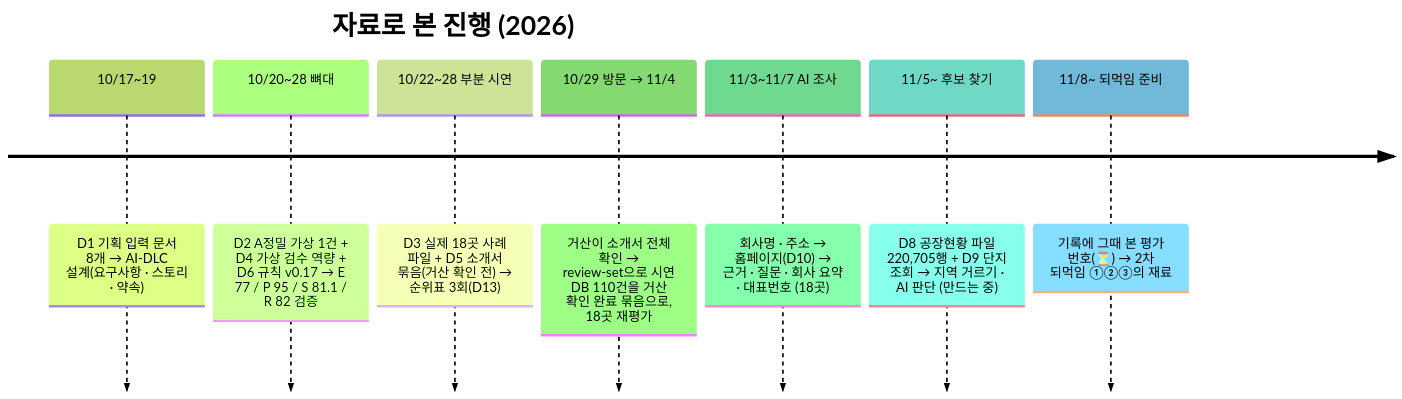
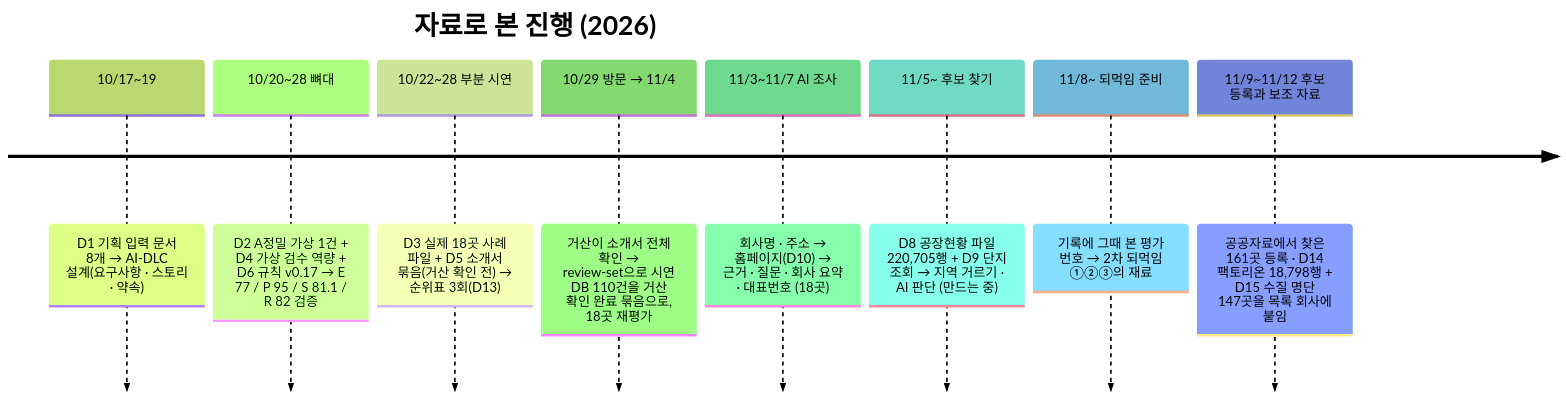
Before and after one commit to agent-ddalgi-team/final-geosan: the second of 2 diagrams in docs/map/data-map.md, drawn with Mermaid (forest theme). The commit also changed other lines of this file and 1 other file, not shown here.

First line of the commit message:
데이터 지도를 11/12 기준으로 맞춘다: 팩토리온 공장조회·수질 명단·AI 후보 판단 줄과 지금 건수

````diff
--- a/docs/map/data-map.md
+++ b/docs/map/data-map.md
@@ -119,11 +127,12 @@
 ```mermaid
 timeline
     title 자료로 본 진행 (2026)
     10/17~19 : D1 기획 입력 문서 8개 → AI-DLC 설계(요구사항 · 스토리 · 약속)
     10/20~28 뼈대 : D2 A정밀 가상 1건 + D4 가상 검수 역량 + D6 규칙 v0.17 → E 77 / P 95 / S 81.1 / R 82 검증
     10/22~28 부분 시연 : D3 실제 18곳 사례 파일 + D5 소개서 묶음(거산 확인 전) → 순위표 3회(D13)
     10/29 방문 → 11/4 : 거산이 소개서 전체 확인 → review-set으로 시연 DB 110건을 거산 확인 완료 묶음으로, 18곳 재평가
     11/3~11/7 AI 조사 : 회사명 · 주소 → 홈페이지(D10) → 근거 · 질문 · 회사 요약 · 대표번호 (18곳)
     11/5~ 후보 찾기 : D8 공장현황 파일 220,705행 + D9 단지 조회 → 지역 거르기 · AI 판단 (만드는 중)
-    11/8~ 되먹임 준비 : 기록에 그때 본 평가 번호(⏳) → 2차 되먹임 ①②③의 재료
+    11/8~ 되먹임 준비 : 기록에 그때 본 평가 번호 → 2차 되먹임 ①②③의 재료
+    11/9~11/12 후보 등록과 보조 자료 : 공공자료에서 찾은 161곳 등록 · D14 팩토리온 18,798행 + D15 수질 명단 147곳을 목록 회사에 붙임
 ```
````
